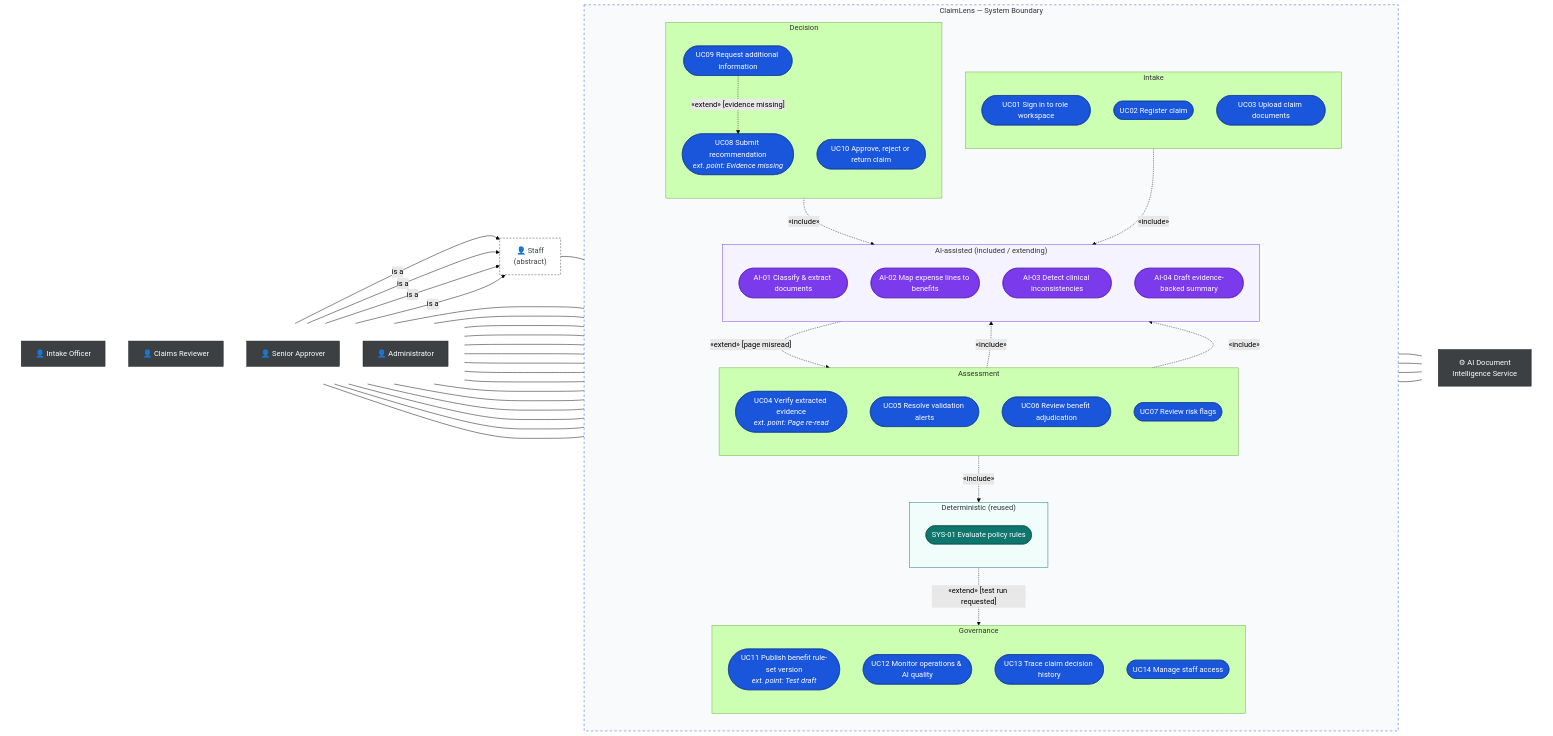
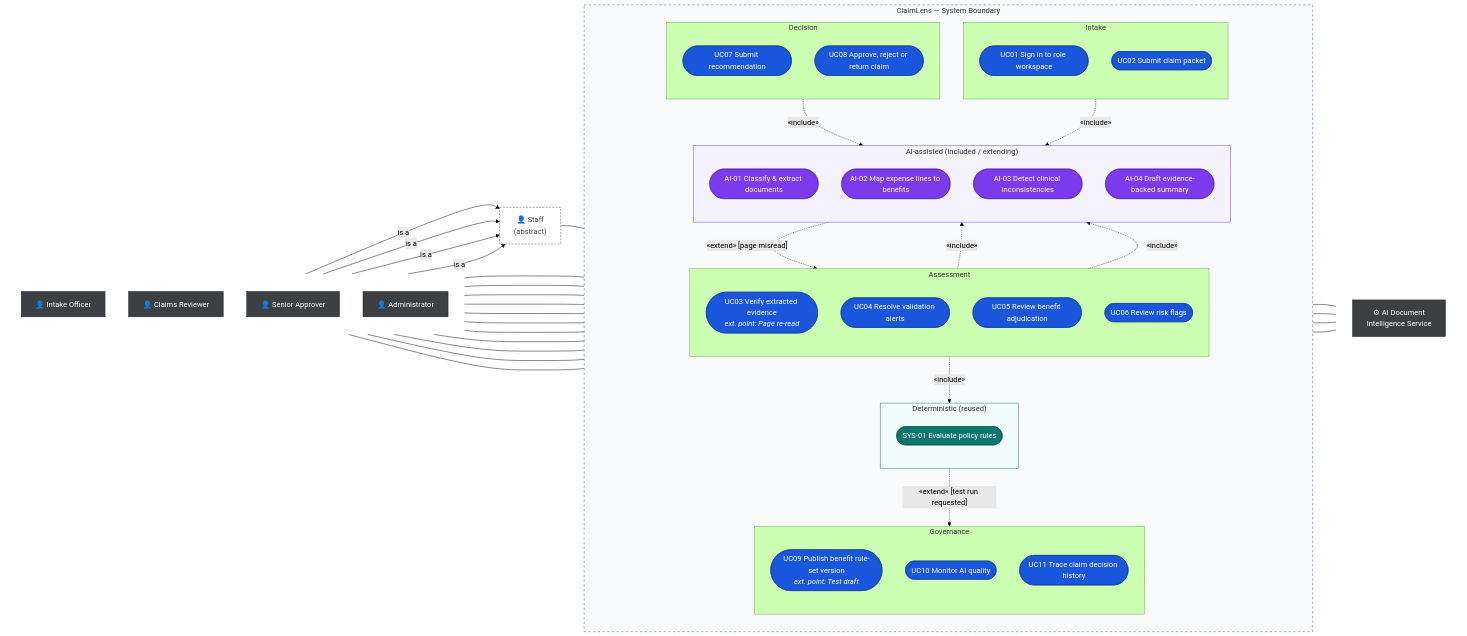
One commit to cuonglpv/PMDC-AITHUCCHIEN changed the first of 2 diagrams in docs/03-use-cases.md. Above: the diagram before and after it, drawn with Mermaid (forest theme). The commit also changed other lines of this file and 25 other files, not shown here.

```diff
--- a/docs/03-use-cases.md
+++ b/docs/03-use-cases.md
@@ -62,31 +62,28 @@
         subgraph g1["Intake"]
             direction TB
             uc01(["UC01 Sign in to role workspace"])
-            uc02(["UC02 Register claim"])
-            uc03(["UC03 Upload claim documents"])
+            uc02(["UC02 Submit claim packet"])
         end
 
         subgraph g2["Assessment"]
             direction TB
-            uc04(["UC04 Verify extracted evidence<br/><i>ext. point: Page re-read</i>"])
-            uc05(["UC05 Resolve validation alerts"])
-            uc06(["UC06 Review benefit adjudication"])
-            uc07(["UC07 Review risk flags"])
+            uc03(["UC03 Verify extracted evidence<br/><i>ext. point: Page re-read</i>"])
+            uc04(["UC04 Resolve validation alerts"])
+            uc05(["UC05 Review benefit adjudication"])
+            uc06(["UC06 Review risk flags"])
         end
 
         subgraph g3["Decision"]
             direction TB
-            uc08(["UC08 Submit recommendation<br/><i>ext. point: Evidence missing</i>"])
-            uc09(["UC09 Request additional information"])
-            uc10(["UC10 Approve, reject or return claim"])
+            uc07(["UC07 Submit recommendation"])
+            uc08(["UC08 Approve, reject or return claim"])
         end
 
         subgraph g4["Governance"]
             direction TB
-            uc11(["UC11 Publish benefit rule-set version<br/><i>ext. point: Test draft</i>"])
-            uc12(["UC12 Monitor operations & AI quality"])
-            uc13(["UC13 Trace claim decision history"])
-            uc14(["UC14 Manage staff access"])
+            uc09(["UC09 Publish benefit rule-set version<br/><i>ext. point: Test draft</i>"])
+            uc10(["UC10 Monitor AI quality"])
+            uc11(["UC11 Trace claim decision history"])
         end
 
         subgraph g5["AI-assisted (included / extending)"]
@@ -111,19 +108,18 @@
     intake & reviewer & approver & admin -->|"is a"| staff
 
     staff --- uc01
-    intake --- uc02 & uc03
-    reviewer --- uc04 & uc05 & uc06 & uc07 & uc08 & uc09 & uc13
-    approver --- uc07 & uc10 & uc12 & uc13
-    admin --- uc11 & uc14
+    intake --- uc02
+    reviewer --- uc03 & uc04 & uc05 & uc06 & uc07 & uc11
+    approver --- uc08 & uc10 & uc11
+    admin --- uc09
 
-    uc03 -.->|"«include»"| ai01
-    ai01 -.->|"«extend» [page misread]"| uc04
-    uc05 -.->|"«include»"| ai03
-    uc06 -.->|"«include»"| ai02
-    uc06 -.->|"«include»"| sys01
-    uc08 -.->|"«include»"| ai04
-    uc09 -.->|"«extend» [evidence missing]"| uc08
-    sys01 -.->|"«extend» [test run requested]"| uc11
+    uc02 -.->|"«include»"| ai01
+    ai01 -.->|"«extend» [page misread]"| uc03
+    uc04 -.->|"«include»"| ai03
+    uc05 -.->|"«include»"| ai02
+    uc05 -.->|"«include»"| sys01
+    uc07 -.->|"«include»"| ai04
+    sys01 -.->|"«extend» [test run requested]"| uc09
 
     ai01 & ai02 & ai03 & ai04 --- aisvc
 
@@ -134,7 +130,7 @@
     classDef sys fill:#0f766e,color:#fff,stroke:#0b524c
     class intake,reviewer,approver,admin,aisvc actor
     class staff abstract
-    class uc01,uc02,uc03,uc04,uc05,uc06,uc07,uc08,uc09,uc10,uc11,uc12,uc13,uc14 usecase
+    class uc01,uc02,uc03,uc04,uc05,uc06,uc07,uc08,uc09,uc10,uc11 usecase
     class ai01,ai02,ai03,ai04 ai
     class sys01 sys
     style left fill:none,stroke:none
```
